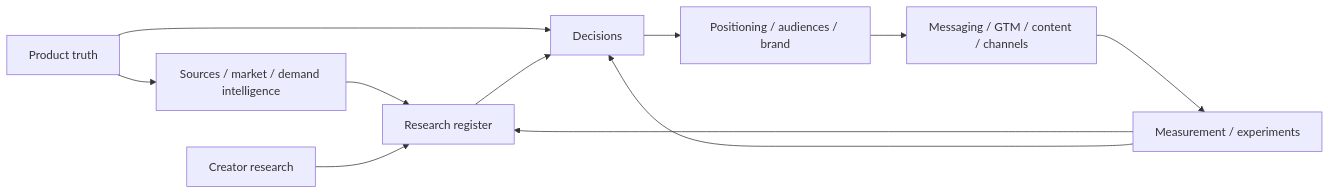
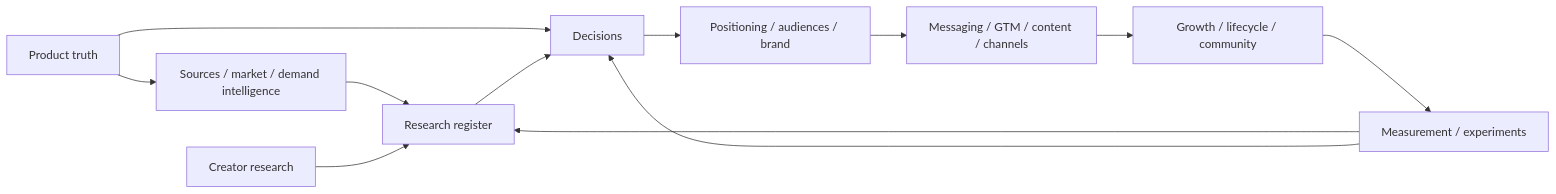
The first of 2 diagrams in docs/marketing/README.md (az1nn/openband), drawn with Mermaid before and after one commit. The commit also changed other lines of this file, not shown here.

Commit message:
docs(marketing): integrate growth and community operations

````diff
--- a/docs/marketing/README.md
+++ b/docs/marketing/README.md
@@ -80,13 +83,14 @@
 ```mermaid
 flowchart LR
   PT[Product truth] --> SI[Sources / market / demand intelligence]
   SI --> R[Research register]
   CR[Creator research] --> R
   PT --> D[Decisions]
   R --> D
   D --> S[Positioning / audiences / brand]
   S --> M[Messaging / GTM / content / channels]
-  M --> X[Measurement / experiments]
+  M --> G[Growth / lifecycle / community]
+  G --> X[Measurement / experiments]
   X --> R
   X --> D
 ```
````
